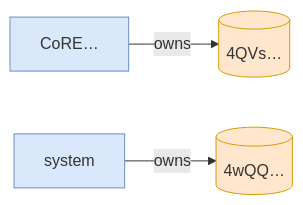
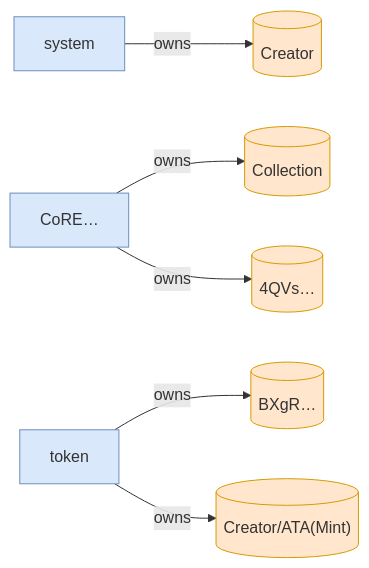
Before and after one commit to cds-turbin3/vesting-position: the third of 3 diagrams in babelfish-tests/test-report/exclude_asset_burns_position.md, drawn with Mermaid. The commit also changed other lines of this file and 50 other files, not shown here.

````diff
--- a/babelfish-tests/test-report/exclude_asset_burns_position.md
+++ b/babelfish-tests/test-report/exclude_asset_burns_position.md
@@ -27,12 +54,19 @@
 ```mermaid
 flowchart LR
+    system["system"]:::program
+    Creator[("Creator")]:::state
     CoRE["CoRE…"]:::program
+    Collection[("Collection")]:::state
     4QVs[("4QVs…")]:::state
-    system["system"]:::program
-    4wQQ[("4wQQ…")]:::state
+    token["token"]:::program
+    BXgR[("BXgR…")]:::state
+    CreatorATAMint[("Creator/ATA(Mint)")]:::state
+    system -->|owns| Creator
+    CoRE -->|owns| Collection
     CoRE -->|owns| 4QVs
-    system -->|owns| 4wQQ
+    token -->|owns| BXgR
+    token -->|owns| CreatorATAMint
     classDef program fill:#dae8fc,stroke:#6c8ebf;
     classDef signer fill:#d5e8d4,stroke:#82b366;
     classDef state fill:#ffe6cc,stroke:#d79b00;
 ```
````
